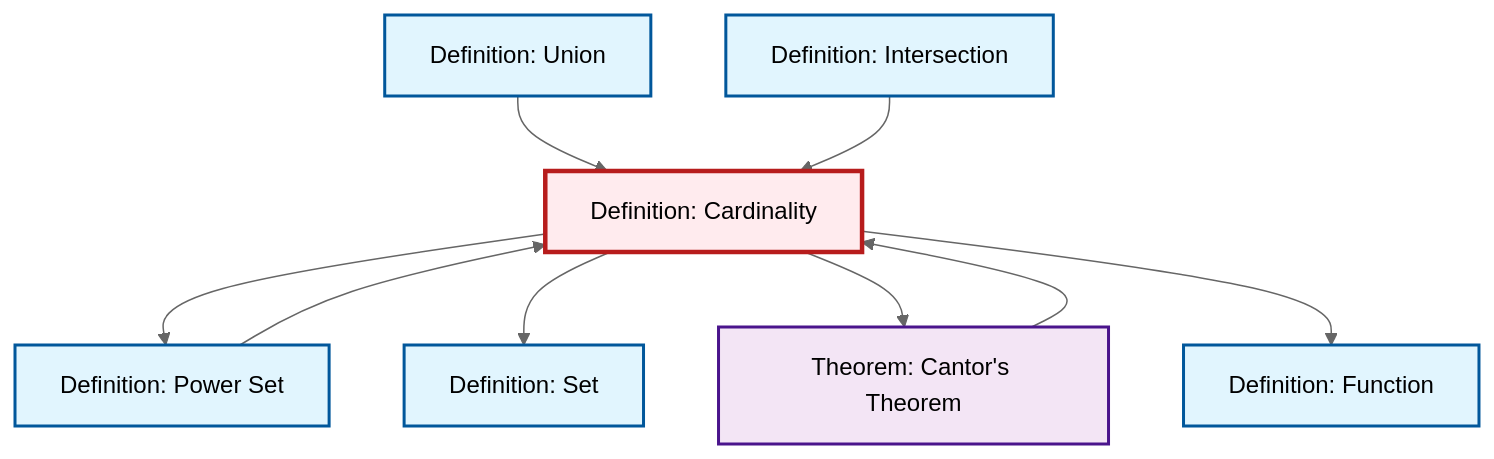
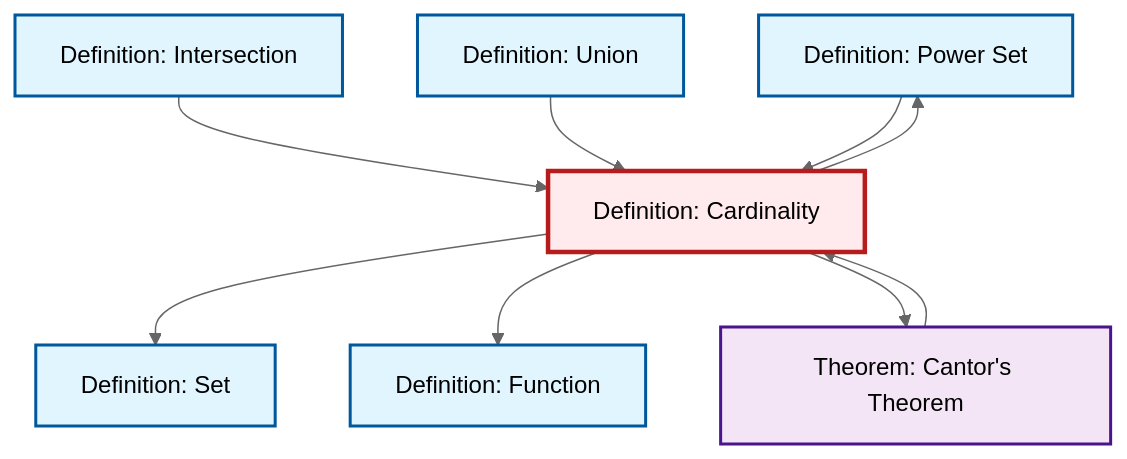
Before and after one commit to RK0429/ModernMath: the diagram in content/ja/logic-set-theory/def-cardinality.qmd, drawn with Mermaid (neutral theme). The commit also changed other lines of this file and 634 other files, not shown here.

````diff
--- a/content/ja/logic-set-theory/def-cardinality.qmd
+++ b/content/ja/logic-set-theory/def-cardinality.qmd
@@ -86,31 +86,31 @@
 ```{mermaid}
 %%| fig-cap: "Local dependency graph"
 graph TD
     classDef definition fill:#e1f5fe,stroke:#01579b,stroke-width:2px
     classDef theorem fill:#f3e5f5,stroke:#4a148c,stroke-width:2px
     classDef axiom fill:#fff3e0,stroke:#e65100,stroke-width:2px
     classDef example fill:#e8f5e9,stroke:#1b5e20,stroke-width:2px
     classDef current fill:#ffebee,stroke:#b71c1c,stroke-width:3px
+    def-power-set["Definition: Power Set"]:::definition
+    def-union["Definition: Union"]:::definition
+    thm-cantor["Theorem: Cantor's Theorem"]:::theorem
+    def-function["Definition: Function"]:::definition
     def-intersection["Definition: Intersection"]:::definition
     def-set["Definition: Set"]:::definition
-    def-union["Definition: Union"]:::definition
-    def-power-set["Definition: Power Set"]:::definition
     def-cardinality["Definition: Cardinality"]:::definition
-    thm-cantor["Theorem: Cantor's Theorem"]:::theorem
-    def-function["Definition: Function"]:::definition
+    thm-cantor --> def-cardinality
+    def-cardinality --> def-set
+    def-intersection --> def-cardinality
+    def-cardinality --> def-function
+    def-union --> def-cardinality
     def-cardinality --> def-power-set
+    def-cardinality --> thm-cantor
     def-power-set --> def-cardinality
-    def-cardinality --> def-set
-    def-cardinality --> thm-cantor
-    def-union --> def-cardinality
-    thm-cantor --> def-cardinality
-    def-cardinality --> def-function
-    def-intersection --> def-cardinality
     class def-cardinality current
+    click def-power-set "def-power-set.html" "Definition: Power Setへ"
+    click def-union "def-union.html" "Definition: Unionへ"
+    click thm-cantor "thm-cantor.html" "Theorem: Cantor's Theoremへ"
+    click def-function "def-function.html" "Definition: Functionへ"
     click def-intersection "def-intersection.html" "Definition: Intersectionへ"
     click def-set "def-set.html" "Definition: Setへ"
-    click def-union "def-union.html" "Definition: Unionへ"
-    click def-power-set "def-power-set.html" "Definition: Power Setへ"
-    click thm-cantor "thm-cantor.html" "Theorem: Cantor's Theoremへ"
-    click def-function "def-function.html" "Definition: Functionへ"
 ```
````
